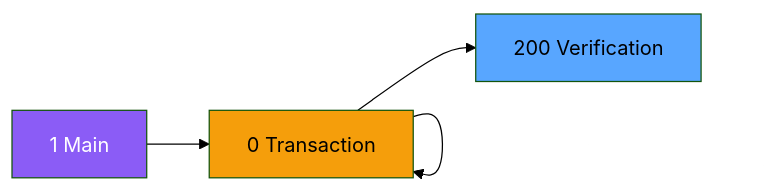
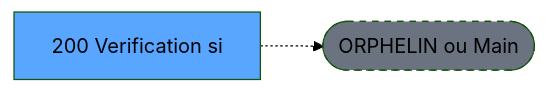
The second of 3 diagrams in .openspec/specs/ADH-IDE-200.md (thonyAGP/lecteur-magic), drawn with Mermaid (forest theme) before and after one commit. The commit also changed other lines of this file and 701 other files, not shown here.

````diff
--- a/.openspec/specs/ADH-IDE-200.md
+++ b/.openspec/specs/ADH-IDE-200.md
@@ -107,23 +117,8 @@
 ```mermaid
 graph LR
-    M[1 Main]
-    N0[0 Histo ventes]
-    N0[0 Histo ventes]
-    N0[0 Histo ventes]
-    N0[0 Print extrai]
-    N0[0 Transaction ]
-    T[200 Verification]
-    M --> N0
-    N0 --> N0
-    N0 --> N0
-    N0 --> N0
-    N0 --> N0
-    N0 --> T
-    style M fill:#8b5cf6,color:#fff
-    style N0 fill:#f59e0b
-    style N0 fill:#f59e0b
-    style N0 fill:#f59e0b
-    style N0 fill:#f59e0b
-    style N0 fill:#f59e0b
+    T[200 Verification si]
+    ORPHAN([ORPHELIN ou Main])
+    T -.-> ORPHAN
     style T fill:#58a6ff,color:#000
+    style ORPHAN fill:#6b7280,stroke-dasharray: 5 5
 ```
````
